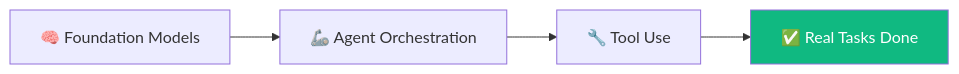
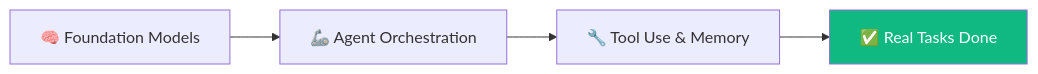
One commit to Amineelfarssi/amineelfarssi.github.io changed the diagram in content/about/_index.md. Above: the diagram before and after it, drawn with Mermaid. The commit also changed other lines of this file and 1 other file, not shown here.

```diff
--- a/content/about/_index.md
+++ b/content/about/_index.md
@@ -19,7 +21,7 @@
 {{< mermaid >}}
 flowchart LR
     A[🧠 Foundation Models] --> B[🦾 Agent Orchestration]
-    B --> C[🔧 Tool Use]
+    B --> C[🔧 Tool Use & Memory]
     C --> D[✅ Real Tasks Done]
     style D fill:#10b981,color:#fff
 {{< /mermaid >}}
```
